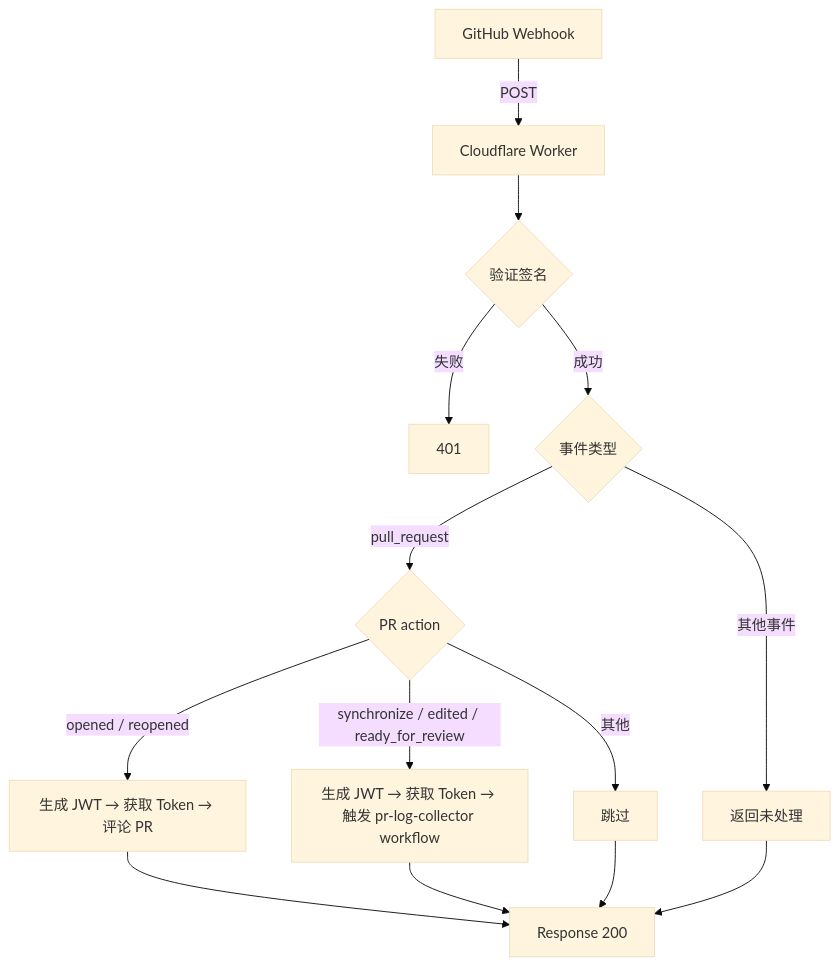
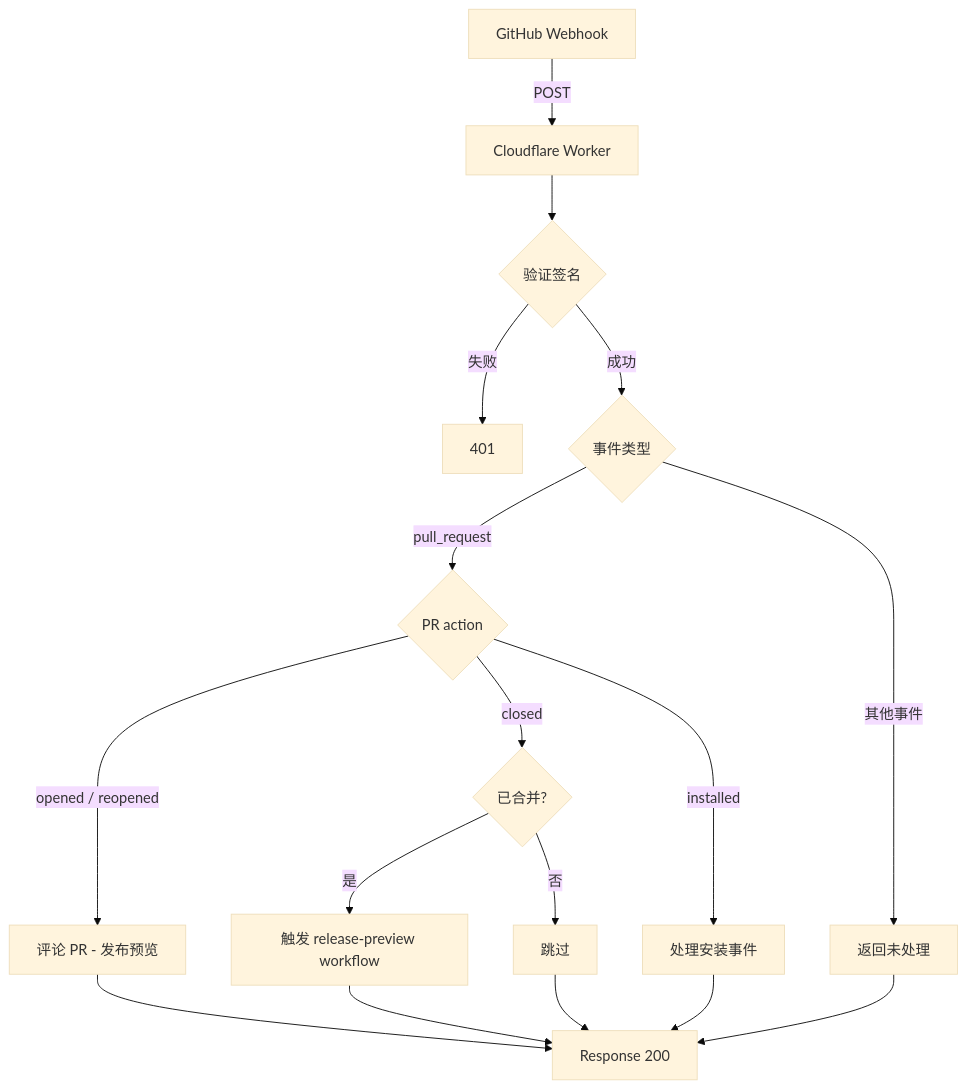
Before and after one commit to release-toolkit/release-toolkit: the diagram in packages/app-server/README.md, drawn with Mermaid (base theme). The commit also changed other lines of this file and 5 other files, not shown here.

````diff
--- a/packages/app-server/README.md
+++ b/packages/app-server/README.md
@@ -20,19 +19,22 @@
 ```mermaid
 flowchart TD
     A[GitHub Webhook] -->|POST| B[Cloudflare Worker]
     B --> C{验证签名}
     C -->|失败| D[401]
     C -->|成功| E{事件类型}
 
     E -->|pull_request| F{PR action}
-    F -->|opened / reopened| G[生成 JWT → 获取 Token → 评论 PR]
-    F -->|synchronize / edited / ready_for_review| H[生成 JWT → 获取 Token → 触发 pr-log-collector workflow]
-    F -->|其他| I[跳过]
+    F -->|opened / reopened| G[评论 PR - 发布预览]
+    F -->|closed| H{已合并?}
+    H -->|是| I[触发 release-preview workflow]
+    H -->|否| J[跳过]
+    F -->|installed| K[处理安装事件]
 
-    E -->|其他事件| J[返回未处理]
+    E -->|其他事件| L[返回未处理]
 
-    G --> K[Response 200]
-    H --> K
-    I --> K
-    J --> K
+    G --> M[Response 200]
+    I --> M
+    J --> M
+    K --> M
+    L --> M
 ```
````
